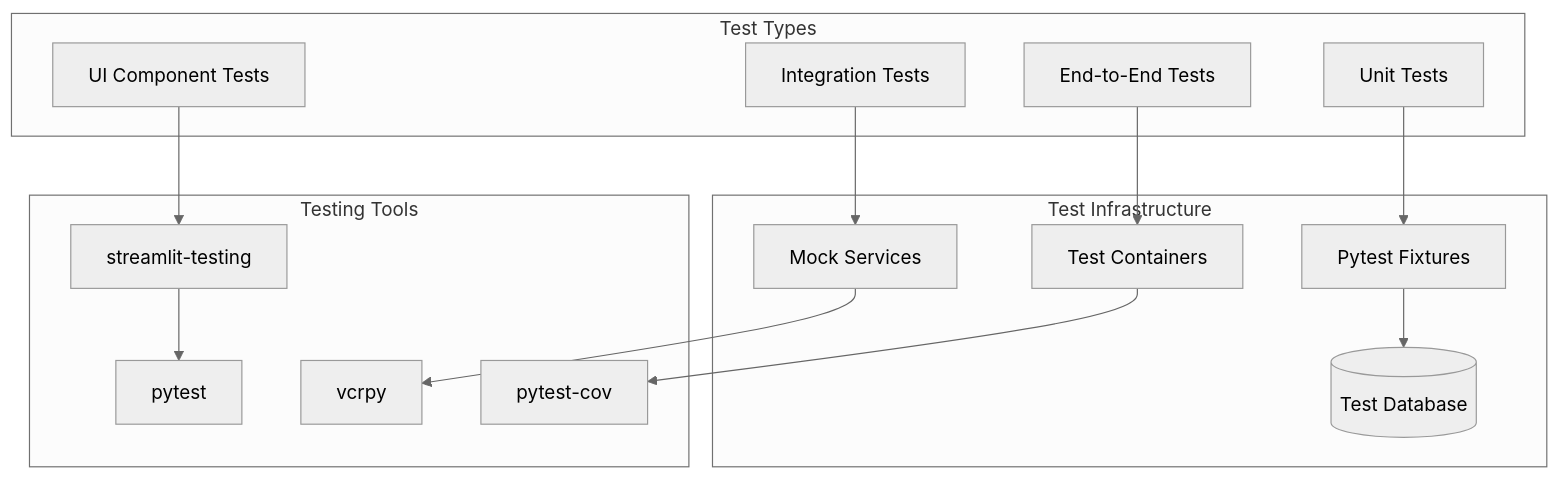
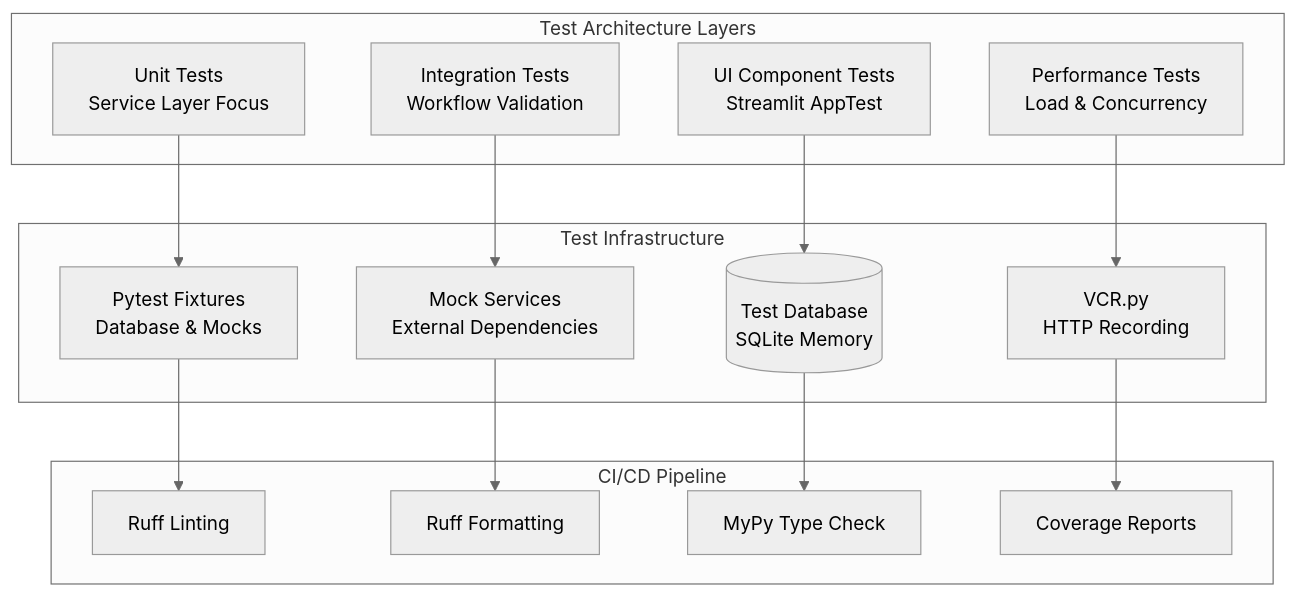
One commit to BjornMelin/ai-job-scraper changed the diagram in docs/adrs/ADR-029-testing-strategy.md. Above: the diagram before and after it, drawn with Mermaid (neutral theme). The commit also changed other lines of this file and 4 other files, not shown here.

````diff
--- a/docs/adrs/ADR-029-testing-strategy.md
+++ b/docs/adrs/ADR-029-testing-strategy.md
@@ -48,33 +91,33 @@
 ```mermaid
 graph TB
-    subgraph "Test Types"
-        UNIT[Unit Tests]
-        INTEGRATION[Integration Tests]
-        UI[UI Component Tests]
-        E2E[End-to-End Tests]
+    subgraph "Test Architecture Layers"
+        UNIT[Unit Tests<br/>Service Layer Focus]
+        INTEGRATION[Integration Tests<br/>Workflow Validation]
+        UI[UI Component Tests<br/>Streamlit AppTest]
+        PERFORMANCE[Performance Tests<br/>Load & Concurrency]
     end
     
     subgraph "Test Infrastructure"
-        FIXTURES[Pytest Fixtures]
-        MOCKS[Mock Services]
-        TESTDB[(Test Database)]
-        CONTAINERS[Test Containers]
+        FIXTURES[Pytest Fixtures<br/>Database & Mocks]
+        MOCKS[Mock Services<br/>External Dependencies]
+        TESTDB[(Test Database<br/>SQLite Memory)]
+        VCR[VCR.py<br/>HTTP Recording]
     end
     
-    subgraph "Testing Tools"
-        PYTEST[pytest]
-        STREAMLIT_TEST[streamlit-testing]
-        VCRIPY[vcrpy]
-        COVERAGE[pytest-cov]
+    subgraph "CI/CD Pipeline"
+        LINT[Ruff Linting]
+        FORMAT[Ruff Formatting] 
+        TYPE[MyPy Type Check]
+        COVERAGE[Coverage Reports]
     end
     
     UNIT --> FIXTURES
     INTEGRATION --> MOCKS
-    UI --> STREAMLIT_TEST
-    E2E --> CONTAINERS
+    UI --> TESTDB
+    PERFORMANCE --> VCR
     
-    FIXTURES --> TESTDB
-    MOCKS --> VCRIPY
-    STREAMLIT_TEST --> PYTEST
-    CONTAINERS --> COVERAGE
+    FIXTURES --> LINT
+    MOCKS --> FORMAT
+    TESTDB --> TYPE
+    VCR --> COVERAGE
 ```
````
